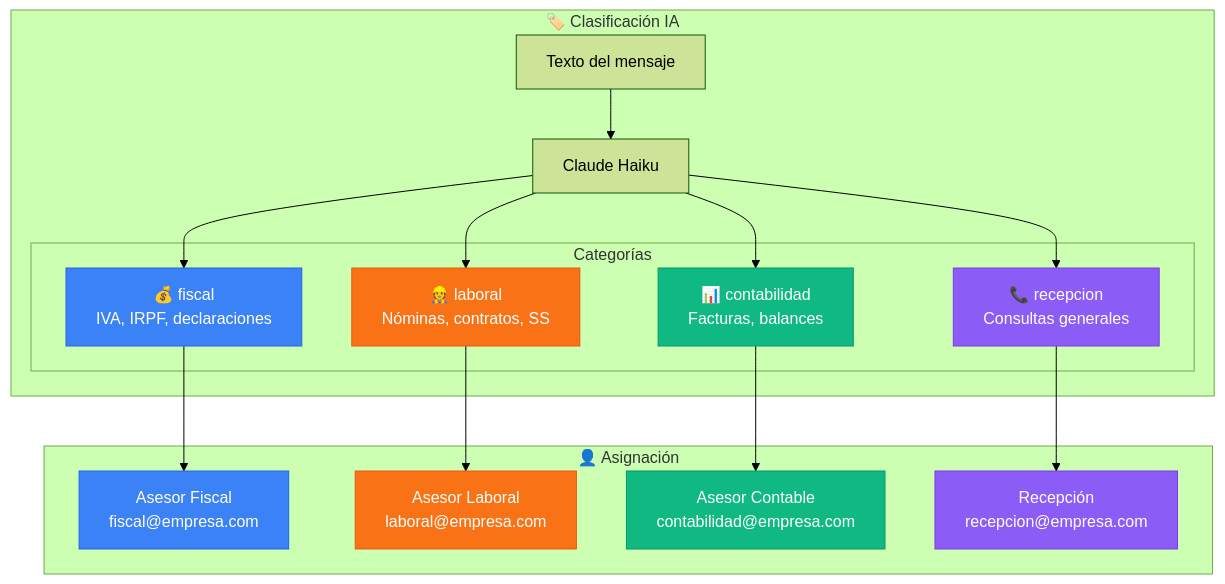
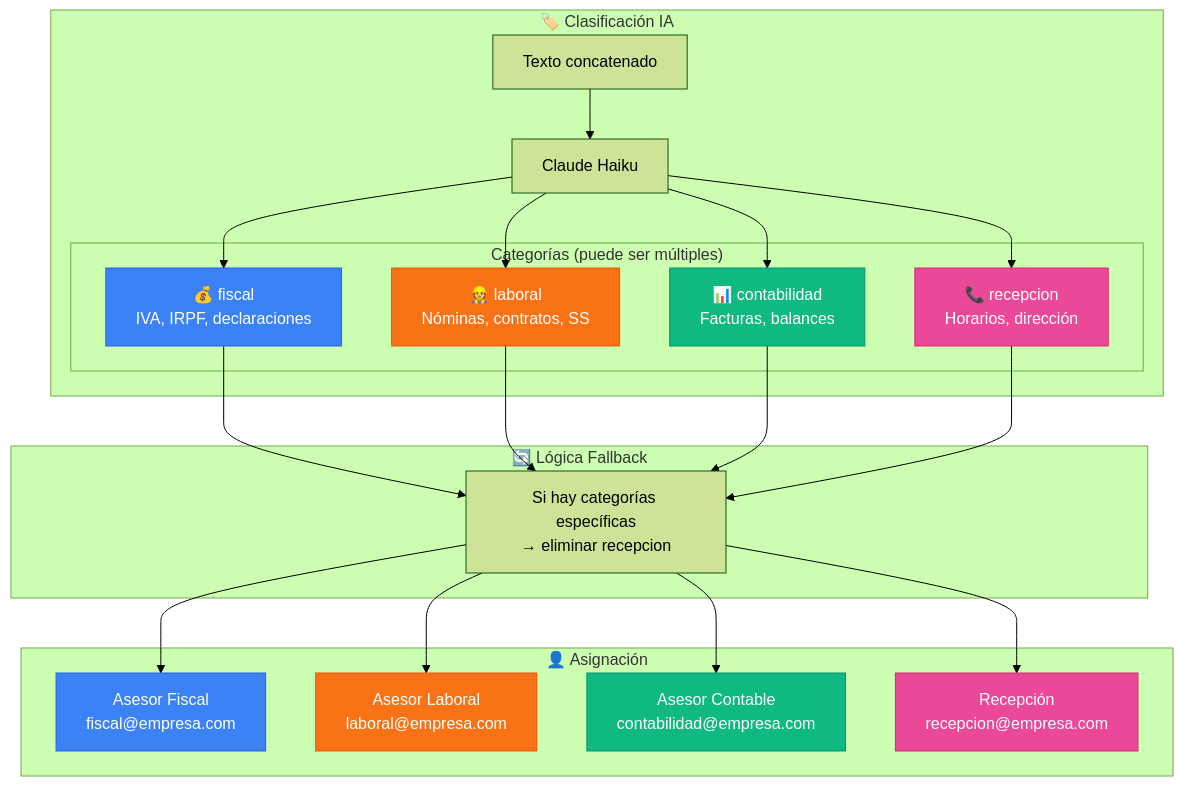
The eighth of 9 diagrams in docs/message-flow-diagram.md (dmartorell/WhatsApp-manager-poc), drawn with Mermaid (forest theme) before and after one commit. The commit also changed other lines of this file and 2 other files, not shown here.

````diff
--- a/docs/message-flow-diagram.md
+++ b/docs/message-flow-diagram.md
@@ -267,42 +373,40 @@
 ```mermaid
 graph TB
     subgraph CLASIFICACION["🏷️ Clasificación IA"]
-        INPUT["Texto del mensaje"]
+        INPUT["Texto concatenado"]
         CLAUDE["Claude Haiku"]
 
-        subgraph CATS["Categorías"]
+        subgraph CATS["Categorías (puede ser múltiples)"]
             FISCAL["💰 fiscal<br/>IVA, IRPF, declaraciones"]
             LABORAL["👷 laboral<br/>Nóminas, contratos, SS"]
             CONTAB["📊 contabilidad<br/>Facturas, balances"]
-            RECEP["📞 recepcion<br/>Consultas generales"]
+            RECEP["📞 recepcion<br/>Horarios, dirección"]
         end
+    end
+
+    subgraph FALLBACK["🔄 Lógica Fallback"]
+        RULE["Si hay categorías específicas<br/>→ eliminar recepcion"]
     end
 
     subgraph ASIGNACION["👤 Asignación"]
         ASESOR_F["Asesor Fiscal<br/>fiscal@empresa.com"]
         ASESOR_L["Asesor Laboral<br/>laboral@empresa.com"]
         ASESOR_C["Asesor Contable<br/>contabilidad@empresa.com"]
         RECEPCION["Recepción<br/>recepcion@empresa.com"]
     end
 
     INPUT --> CLAUDE
-    CLAUDE --> FISCAL
-    CLAUDE --> LABORAL
-    CLAUDE --> CONTAB
-    CLAUDE --> RECEP
-
-    FISCAL --> ASESOR_F
-    LABORAL --> ASESOR_L
-    CONTAB --> ASESOR_C
-    RECEP --> RECEPCION
+    CLAUDE --> FISCAL & LABORAL & CONTAB & RECEP
+    FISCAL & LABORAL & CONTAB & RECEP --> RULE
+    RULE --> ASESOR_F & ASESOR_L & ASESOR_C & RECEPCION
 
     classDef fiscalStyle fill:#3B82F6,stroke:#2563EB,color:#fff
     classDef laboralStyle fill:#F97316,stroke:#EA580C,color:#fff
     classDef contabStyle fill:#10B981,stroke:#059669,color:#fff
-    classDef recepStyle fill:#8B5CF6,stroke:#7C3AED,color:#fff
+    classDef recepStyle fill:#EC4899,stroke:#DB2777,color:#fff
 
     class FISCAL,ASESOR_F fiscalStyle
     class LABORAL,ASESOR_L laboralStyle
     class CONTAB,ASESOR_C contabStyle
     class RECEP,RECEPCION recepStyle
 ```
````
